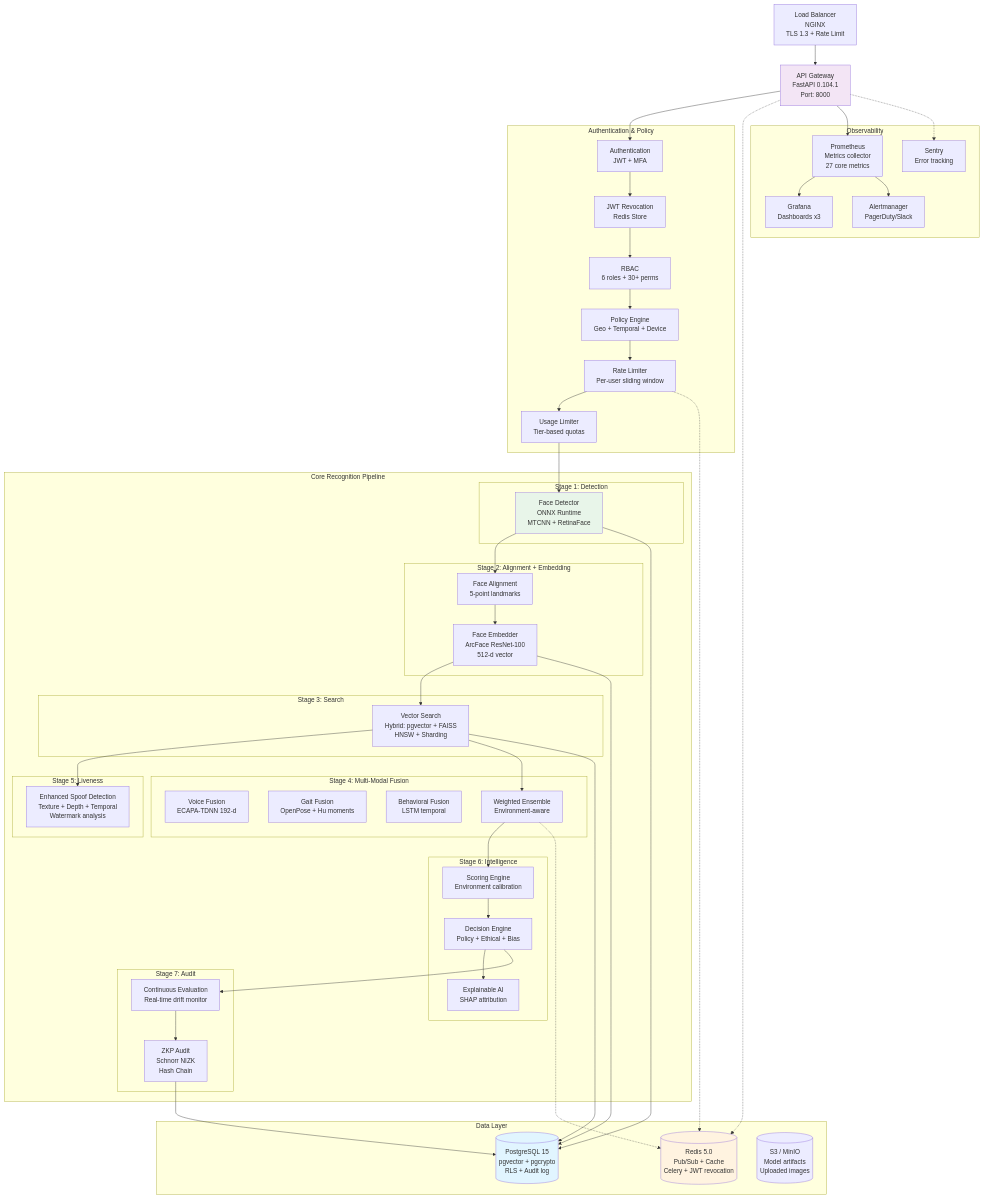
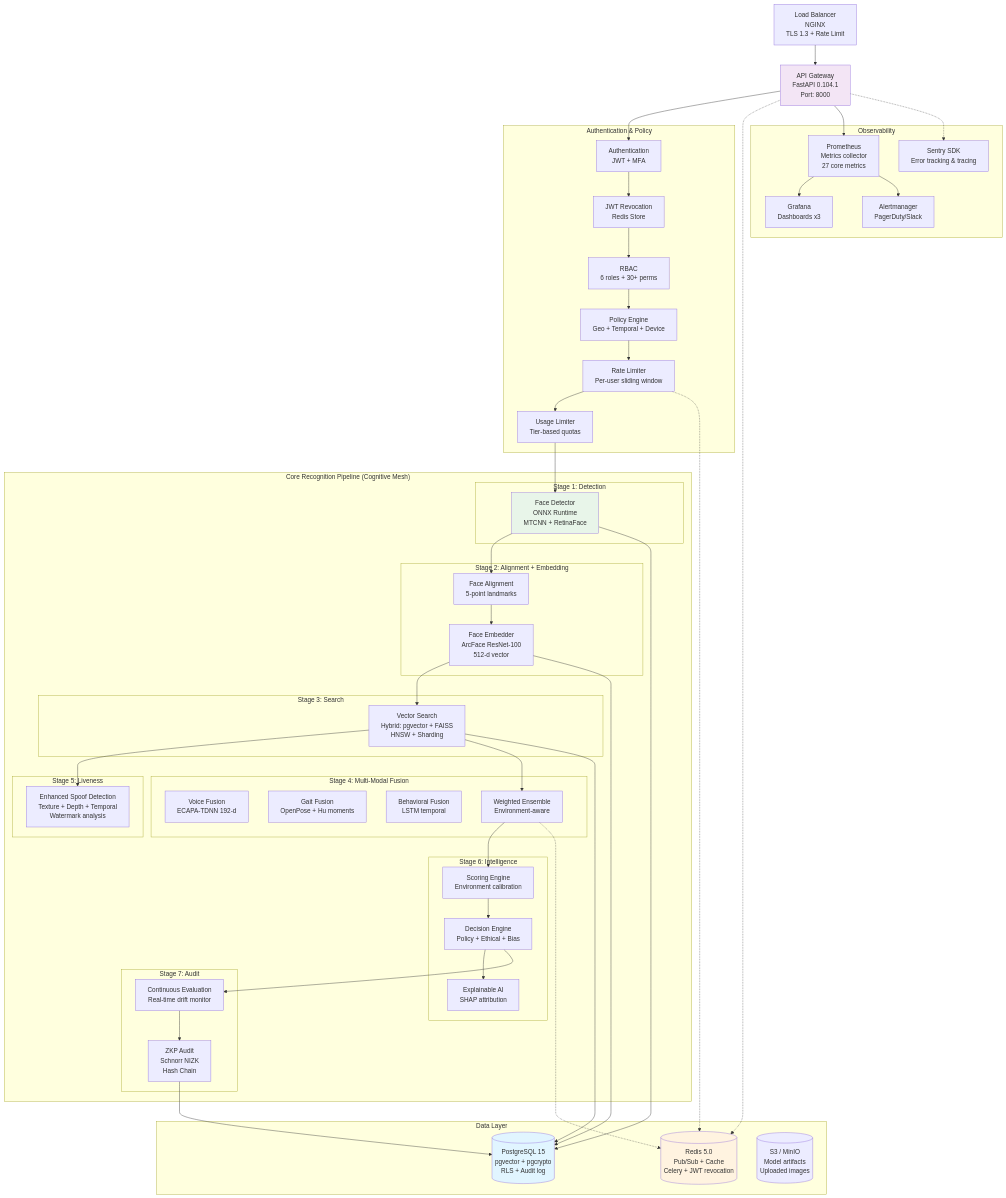
Before and after one commit to Blackdrg/AI-f-cybersecurity: the diagram in README.md, drawn with Mermaid. The commit also changed other lines of this file and 39 other files, not shown here.

```diff
--- a/README.md
+++ b/README.md
@@ -71,7 +61,7 @@
         USAGE[Usage Limiter<br/>Tier-based quotas]
     end
     
-    subgraph "Core Recognition Pipeline"
+    subgraph "Core Recognition Pipeline (Cognitive Mesh)"
         subgraph "Stage 1: Detection"
             FD[Face Detector<br/>ONNX Runtime<br/>MTCNN + RetinaFace]
         end
@@ -112,7 +102,7 @@
          MET[Prometheus<br/>Metrics collector<br/>27 core metrics]
          GRA[Grafana<br/>Dashboards x3]
          ALERT[Alertmanager<br/>PagerDuty/Slack]
-         SENTRY[Sentry<br/>Error tracking]
+         SENTRY[Sentry SDK<br/>Error tracking & tracing]
      end
      
     LB --> API
```
